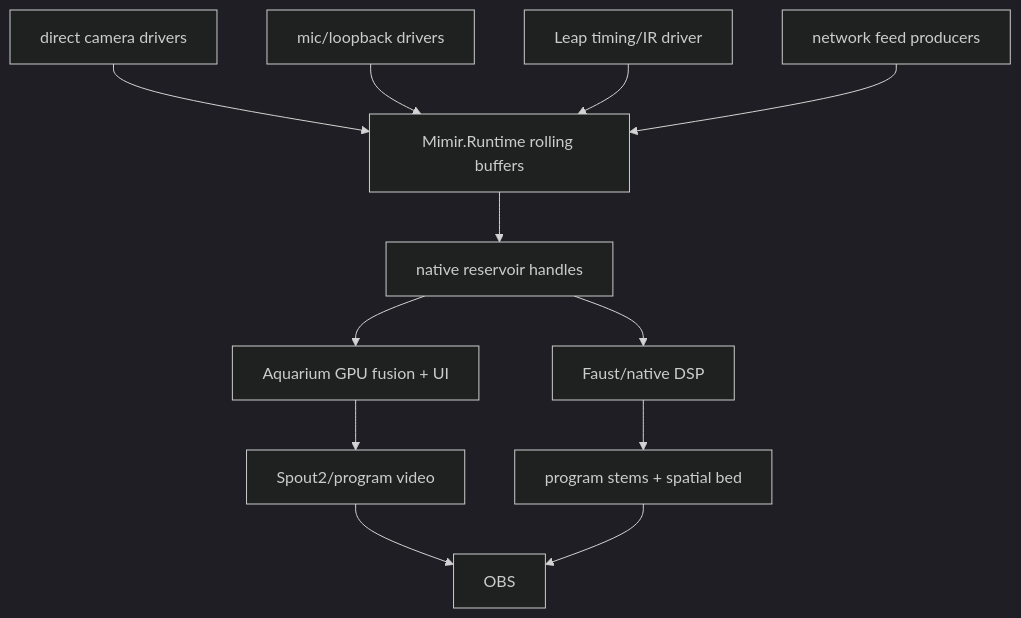
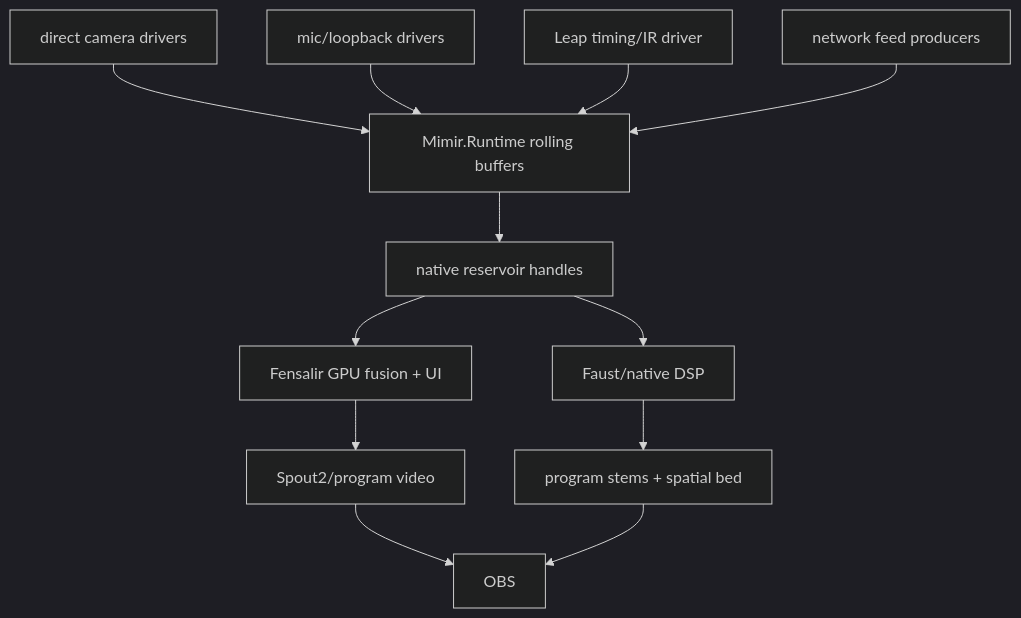
One commit to GameCult/Mimir changed the first of 2 diagrams in notes/current-system-map.md. Above: the diagram before and after it, drawn with Mermaid (dark theme). The commit also changed other lines of this file and 16 other files, not shown here.

````diff
--- a/notes/current-system-map.md
+++ b/notes/current-system-map.md
@@ -12,14 +12,14 @@
 ```mermaid
 flowchart TD
     A["direct camera drivers"] --> R["Mimir.Runtime rolling buffers"]
     B["mic/loopback drivers"] --> R
     C["Leap timing/IR driver"] --> R
     D["network feed producers"] --> R
     R --> N["native reservoir handles"]
-    N --> E["Aquarium GPU fusion + UI"]
+    N --> E["Fensalir GPU fusion + UI"]
     N --> F["Faust/native DSP"]
     E --> G["Spout2/program video"]
     F --> H["program stems + spatial bed"]
     G --> I["OBS"]
     H --> I
 ```
````
